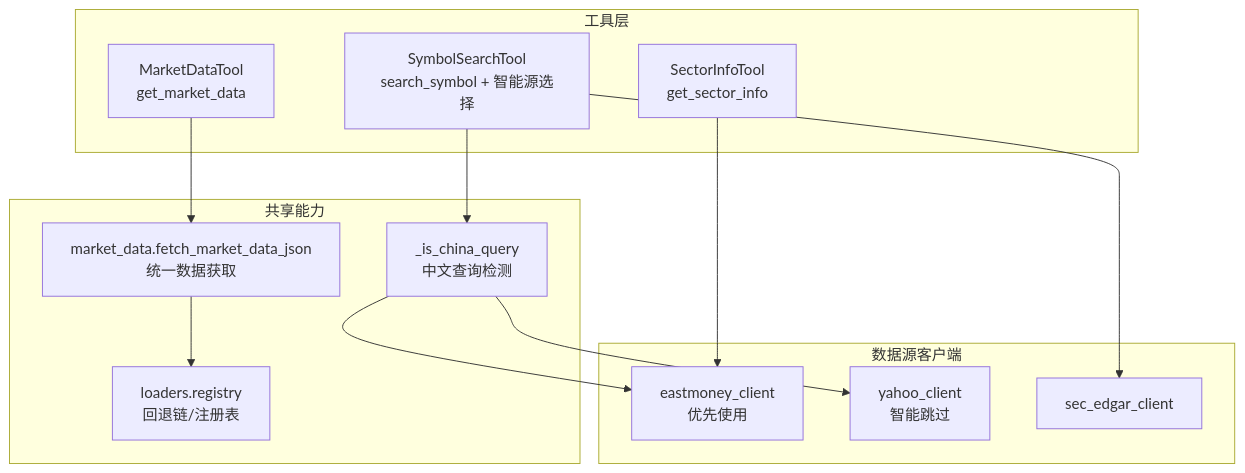
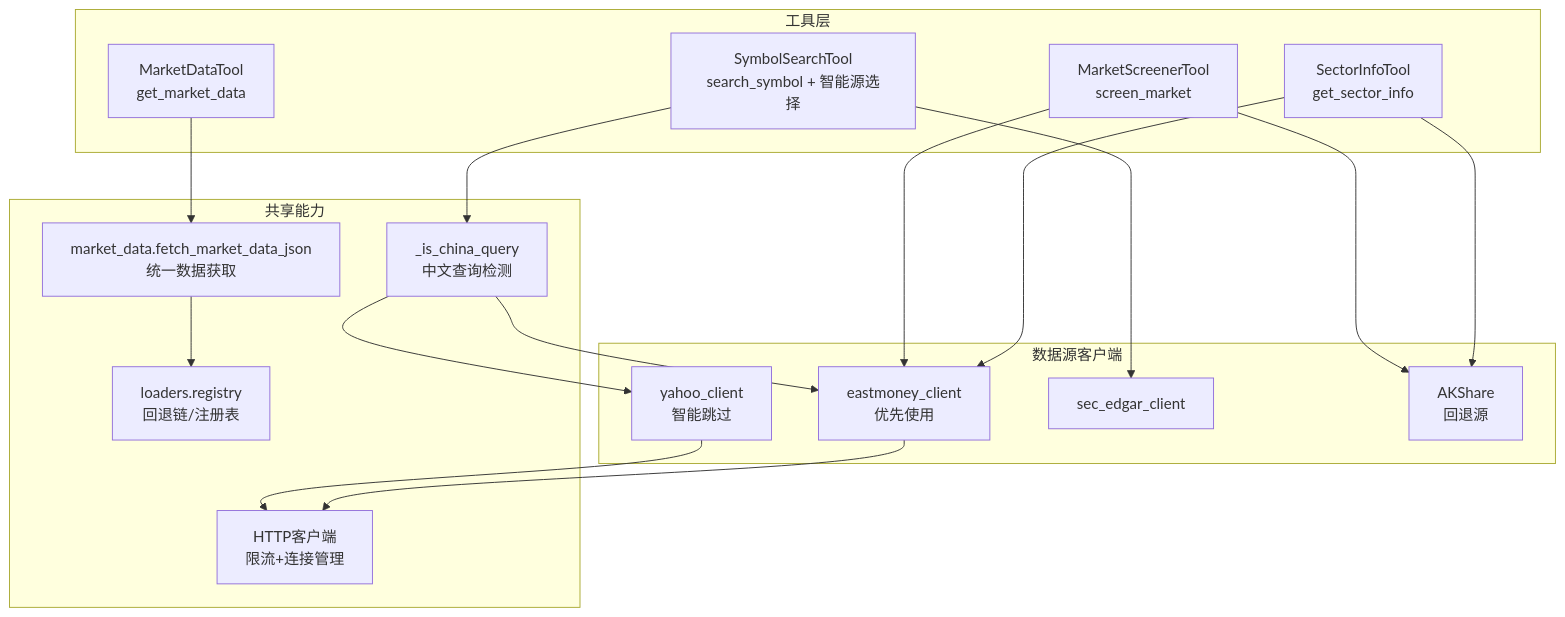
The first of 8 diagrams in .qoder/repowiki/zh/content/AI代理系统/工具系统/内置工具库/市场数据工具.md (20012002er/Vibe-Trading), drawn with Mermaid before and after one commit. The commit also changed other lines of this file and 5 other files, not shown here.

````diff
--- a/.qoder/repowiki/zh/content/AI代理系统/工具系统/内置工具库/市场数据工具.md
+++ b/.qoder/repowiki/zh/content/AI代理系统/工具系统/内置工具库/市场数据工具.md
@@ -46,25 +54,33 @@
 ```mermaid
 graph TB
 subgraph "工具层"
 MDT["MarketDataTool<br/>get_market_data"]
 SST["SymbolSearchTool<br/>search_symbol + 智能源选择"]
 STT["SectorInfoTool<br/>get_sector_info"]
+MSM["MarketScreenerTool<br/>screen_market"]
 end
 subgraph "共享能力"
 MDH["market_data.fetch_market_data_json<br/>统一数据获取"]
 REG["loaders.registry<br/>回退链/注册表"]
 CQD["_is_china_query<br/>中文查询检测"]
+HTTP["HTTP客户端<br/>限流+连接管理"]
 end
 subgraph "数据源客户端"
 EM["eastmoney_client<br/>优先使用"]
 YH["yahoo_client<br/>智能跳过"]
 SEC["sec_edgar_client"]
+AK["AKShare<br/>回退源"]
 end
 MDT --> MDH
 MDH --> REG
 SST --> CQD
 CQD --> EM
 CQD --> YH
 SST --> SEC
 STT --> EM
+STT --> AK
+MSM --> EM
+MSM --> AK
+EM --> HTTP
+YH --> HTTP
 ```
````
